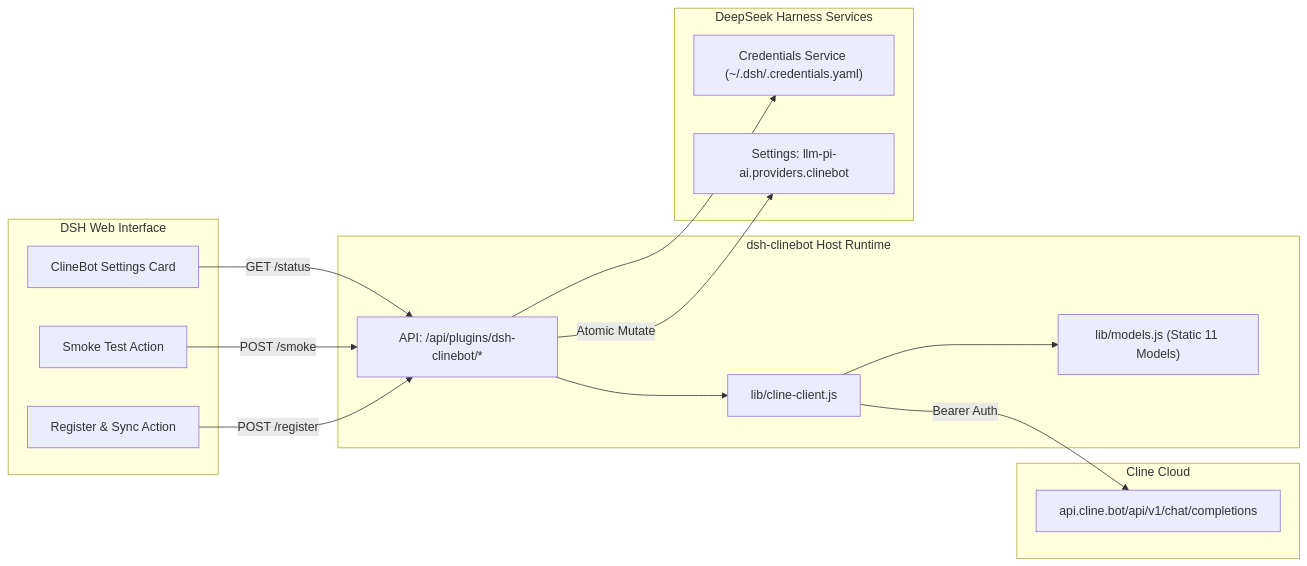
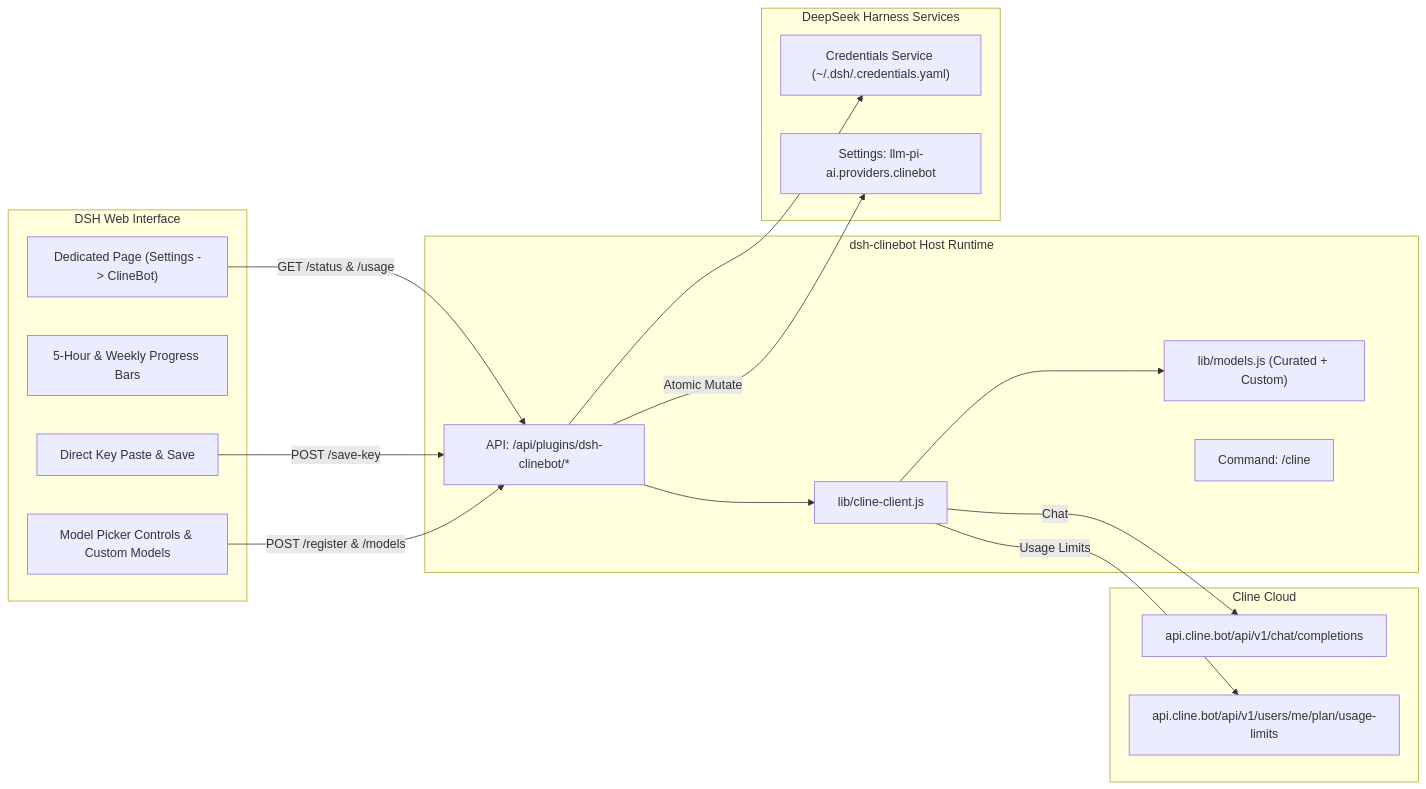
One commit to GooDAnDReaDY/dsh-clinebot changed the diagram in README.md. Above: the diagram before and after it, drawn with Mermaid. The commit also changed other lines of this file and 9 other files, not shown here.

Commit message:
feat(v0.2.0): dedicated settings page, live quota dashboard, in-UI key saving, custom models, and /cline command

````diff
--- a/README.md
+++ b/README.md
@@ -48,32 +51,36 @@
 ```mermaid
 graph LR
     subgraph UI [DSH Web Interface]
-        Card["ClineBot Settings Card"]
-        SmokeAction["Smoke Test Action"]
-        SyncAction["Register & Sync Action"]
+        Page["Dedicated Page (Settings -> ClineBot)"]
+        QuotaBar["5-Hour & Weekly Progress Bars"]
+        KeyInput["Direct Key Paste & Save"]
+        ModelPick["Model Picker Controls & Custom Models"]
     end
 
     subgraph PluginHost [dsh-clinebot Host Runtime]
         HttpEndpoints["API: /api/plugins/dsh-clinebot/*"]
         ClientCore["lib/cline-client.js"]
-        ModelCatalog["lib/models.js (Static 11 Models)"]
+        ModelCatalog["lib/models.js (Curated + Custom)"]
+        SlashCmd["Command: /cline"]
     end
 
     subgraph DSHCore [DeepSeek Harness Services]
         Credentials["Credentials Service (~/.dsh/.credentials.yaml)"]
         PiAi["Settings: llm-pi-ai.providers.clinebot"]
     end
 
     subgraph Upstream [Cline Cloud]
         ClinePass["api.cline.bot/api/v1/chat/completions"]
+        ClineQuota["api.cline.bot/api/v1/users/me/plan/usage-limits"]
     end
 
-    Card -->|GET /status| HttpEndpoints
-    SmokeAction -->|POST /smoke| HttpEndpoints
-    SyncAction -->|POST /register| HttpEndpoints
+    Page -->|GET /status & /usage| HttpEndpoints
+    KeyInput -->|POST /save-key| HttpEndpoints
+    ModelPick -->|POST /register & /models| HttpEndpoints
     HttpEndpoints --> Credentials
     HttpEndpoints --> ClientCore
     ClientCore --> ModelCatalog
     HttpEndpoints -->|Atomic Mutate| PiAi
-    ClientCore -->|Bearer Auth| ClinePass
+    ClientCore -->|Chat| ClinePass
+    ClientCore -->|Usage Limits| ClineQuota
 ```
````
